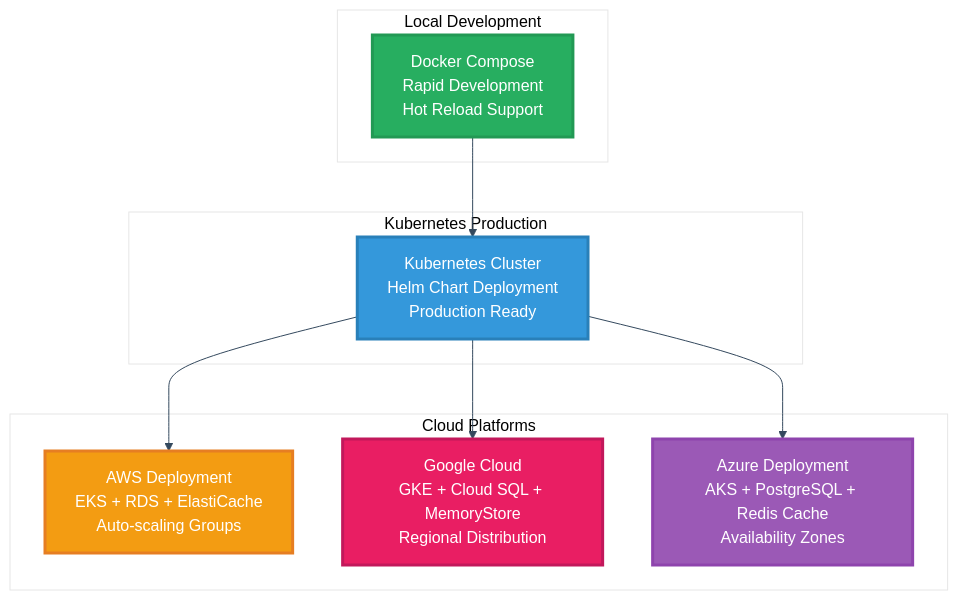
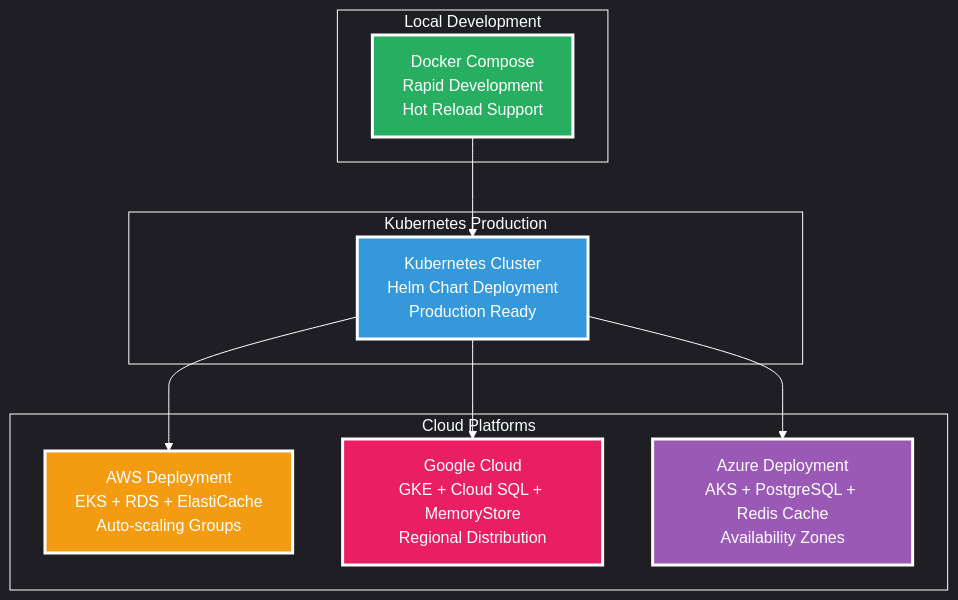
Before and after one commit to PriscillaOng12/AI-Code-Review-Squad: diagram 13 of 20 in README.md, drawn with Mermaid. The commit also changed other lines of this file, not shown here.

````diff
--- a/README.md
+++ b/README.md
@@ -451,28 +451,28 @@
 ```mermaid
-%%{init: {'theme': 'base', 'themeVariables': {'primaryColor': '#ffffff', 'primaryTextColor': '#2c3e50', 'primaryBorderColor': '#2c3e50', 'lineColor': '#34495e', 'secondaryColor': '#ffffff', 'tertiaryColor': '#ffffff', 'background': '#ffffff', 'mainBkg': '#ffffff', 'secondBkg': '#ffffff', 'tertiaryBkg': '#ffffff'}}}%%
+%%{init: {'theme': 'dark', 'themeVariables': {'primaryColor': 'transparent', 'primaryTextColor': '#ffffff', 'primaryBorderColor': '#ffffff', 'lineColor': '#ffffff', 'secondaryColor': 'transparent', 'tertiaryColor': 'transparent', 'background': 'transparent', 'mainBkg': 'transparent', 'secondBkg': 'transparent', 'tertiaryBkg': 'transparent', 'clusterBkg': 'transparent', 'clusterBorder': '#ffffff', 'edgeLabelBackground': 'transparent'}}}%%
 graph TB
     subgraph "Local Development"
         LOCAL[Docker Compose<br/>Rapid Development<br/>Hot Reload Support]
     end
     
     subgraph "Cloud Platforms"
         AWS[AWS Deployment<br/>EKS + RDS + ElastiCache<br/>Auto-scaling Groups]
         GCP[Google Cloud<br/>GKE + Cloud SQL + MemoryStore<br/>Regional Distribution]
         AZURE[Azure Deployment<br/>AKS + PostgreSQL + Redis Cache<br/>Availability Zones]
     end
     
     subgraph "Kubernetes Production"
         K8S[Kubernetes Cluster<br/>Helm Chart Deployment<br/>Production Ready]
     end
     
     LOCAL --> K8S
     K8S --> AWS
     K8S --> GCP
     K8S --> AZURE
     
-    style LOCAL fill:#27ae60,stroke:#229954,stroke-width:3px,color:#ffffff
-    style K8S fill:#3498db,stroke:#2980b9,stroke-width:3px,color:#ffffff
-    style AWS fill:#f39c12,stroke:#e67e22,stroke-width:3px,color:#ffffff
-    style GCP fill:#e91e63,stroke:#c2185b,stroke-width:3px,color:#ffffff
-    style AZURE fill:#9b59b6,stroke:#8e44ad,stroke-width:3px,color:#ffffff
+    style LOCAL fill:#27ae60,stroke:#ffffff,stroke-width:3px,color:#ffffff
+    style K8S fill:#3498db,stroke:#ffffff,stroke-width:3px,color:#ffffff
+    style AWS fill:#f39c12,stroke:#ffffff,stroke-width:3px,color:#ffffff
+    style GCP fill:#e91e63,stroke:#ffffff,stroke-width:3px,color:#ffffff
+    style AZURE fill:#9b59b6,stroke:#ffffff,stroke-width:3px,color:#ffffff
 ```
````
